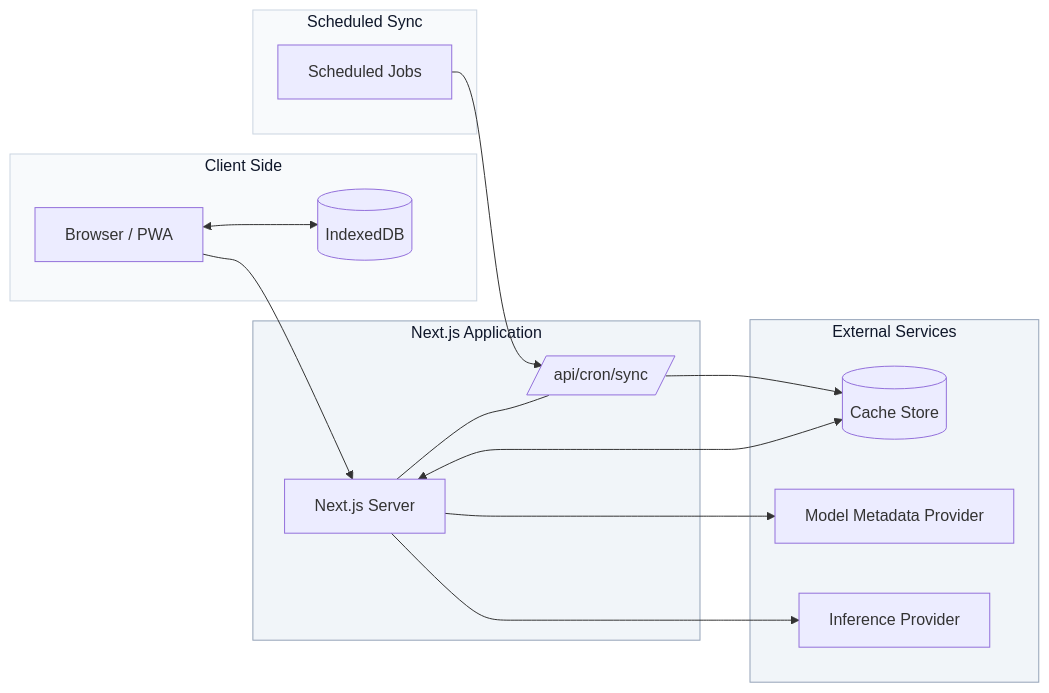
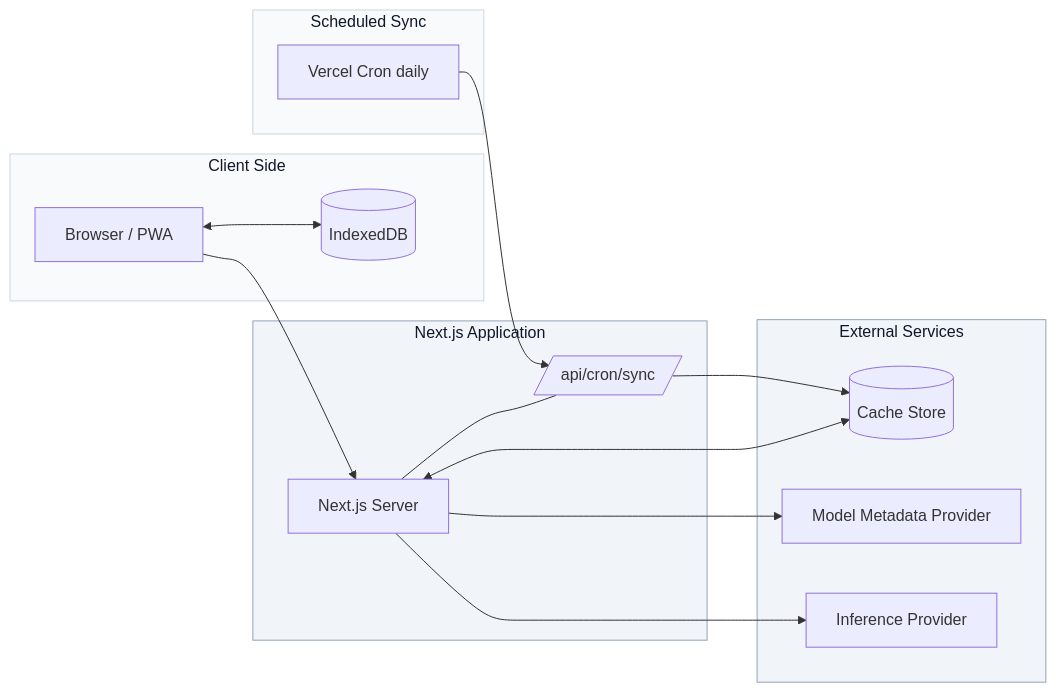
Before and after one commit to vulpixlabs/vulpix: the diagram in README.md, drawn with Mermaid. The commit also changed 3 other files, not shown here.

Commit message:
revert: keep Vercel cron fix only

````diff
--- a/README.md
+++ b/README.md
@@ -79,37 +79,37 @@
 ```mermaid
 flowchart LR
     subgraph Client [Client Side]
         U[Browser / PWA]
         IDB[(IndexedDB)]
         U <--> IDB
     end
 
     subgraph App [Next.js Application]
         N[Next.js Server]
         CR[/api/cron/sync/]
         N --- CR
     end
 
     subgraph Automation [Scheduled Sync]
-        SC[Scheduled Jobs]
+        SC[Vercel Cron daily]
     end
 
     subgraph Services [External Services]
         R[(Cache Store)]
         MP[Model Metadata Provider]
         IP[Inference Provider]
     end
 
     U --> N
     N --> MP
     N --> IP
     N <--> R
 
     SC --> CR
     CR --> R
 
     style Client fill:#f8fafc,stroke:#cbd5e1,stroke-width:1px,color:#0f172a
     style App fill:#f1f5f9,stroke:#94a3b8,stroke-width:1px,color:#0f172a
     style Automation fill:#f8fafc,stroke:#cbd5e1,stroke-width:1px,color:#0f172a
     style Services fill:#f1f5f9,stroke:#94a3b8,stroke-width:1px,color:#0f172a
 ```
````
